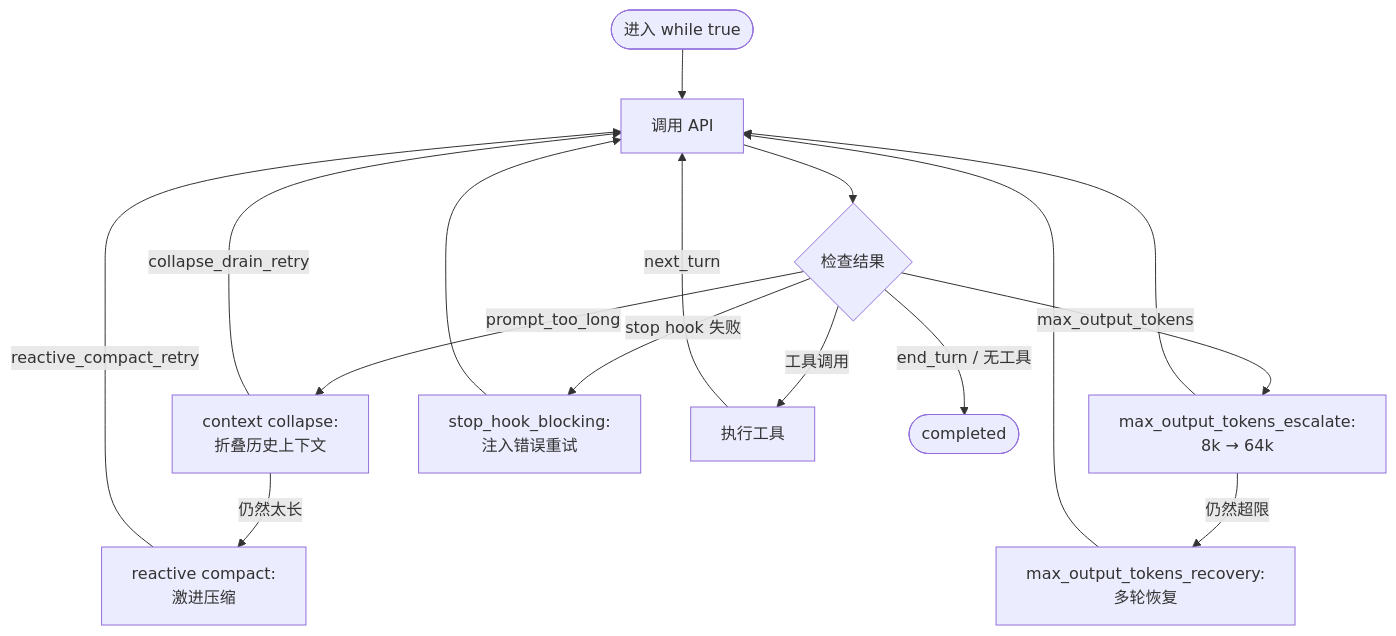
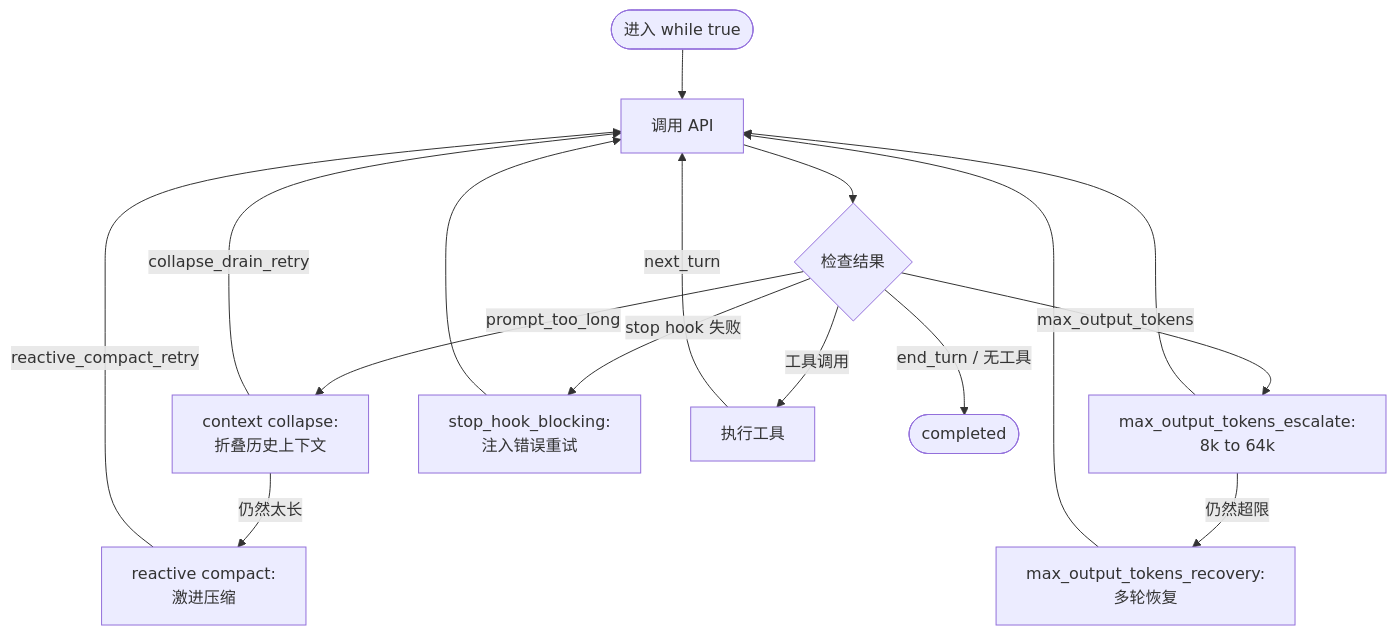
The second of 2 diagrams in learn-claude-code/01-agent-loop/index.md (ranxi2001/zero2Agent), drawn with Mermaid before and after one commit. The commit also changed 5 other files, not shown here.

First line of the commit message:
fix: mermaid 图表语法修复——\n 替换为 <br>，→ 替换为文本

```diff
--- a/learn-claude-code/01-agent-loop/index.md
+++ b/learn-claude-code/01-agent-loop/index.md
@@ -209,25 +209,25 @@
 <div class="mermaid">
 flowchart TD
     START([进入 while true]) --> API[调用 API]
     API --> CHECK{检查结果}
 
     CHECK -->|prompt_too_long| COLLAPSE[context collapse:<br>折叠历史上下文]
     COLLAPSE -->|collapse_drain_retry| API
 
     COLLAPSE -->|仍然太长| REACTIVE[reactive compact:<br>激进压缩]
     REACTIVE -->|reactive_compact_retry| API
 
-    CHECK -->|max_output_tokens| ESCALATE[max_output_tokens_escalate:<br>8k → 64k]
+    CHECK -->|max_output_tokens| ESCALATE[max_output_tokens_escalate:<br>8k to 64k]
     ESCALATE --> API
 
     ESCALATE -->|仍然超限| RECOVERY[max_output_tokens_recovery:<br>多轮恢复]
     RECOVERY --> API
 
     CHECK -->|stop hook 失败| HOOK[stop_hook_blocking:<br>注入错误重试]
     HOOK --> API
 
     CHECK -->|工具调用| TOOLS[执行工具]
     TOOLS -->|next_turn| API
 
     CHECK -->|end_turn / 无工具| DONE([completed])
 </div>
```
